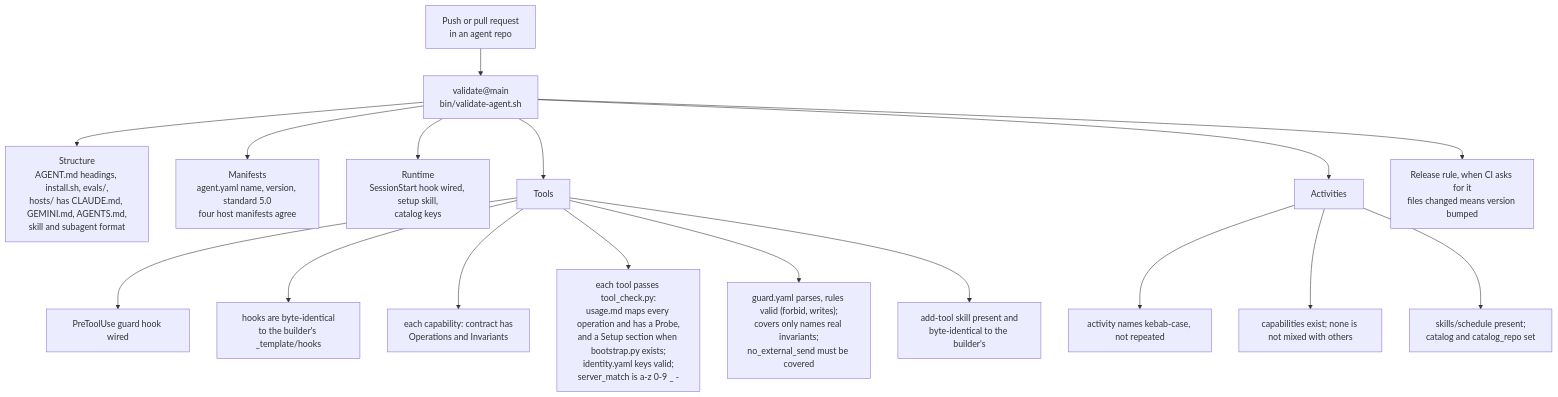
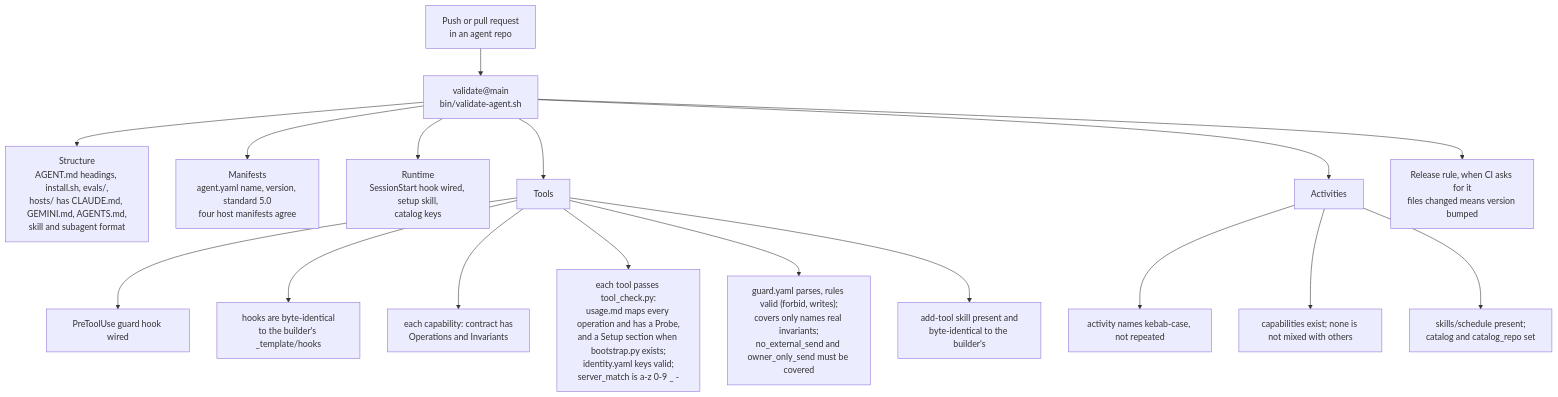
One commit to webspenser/agent-builder changed the second of 6 diagrams in docs/how-it-works.md. Above: the diagram before and after it, drawn with Mermaid. The commit also changed other lines of this file and 14 other files, not shown here.

````diff
--- a/docs/how-it-works.md
+++ b/docs/how-it-works.md
@@ -205,19 +205,19 @@
 ```mermaid
 flowchart TD
   S["Push or pull request<br/>in an agent repo"] --> V["validate@main<br/>bin/validate-agent.sh"]
   V --> ST["Structure<br/>AGENT.md headings, install.sh, evals/,<br/>hosts/ has CLAUDE.md, GEMINI.md, AGENTS.md,<br/>skill and subagent format"]
   V --> MF["Manifests<br/>agent.yaml name, version, standard 5.0<br/>four host manifests agree"]
   V --> RT["Runtime<br/>SessionStart hook wired, setup skill,<br/>catalog keys"]
   V --> TL["Tools"]
   V --> AC["Activities"]
   V --> BU["Release rule, when CI asks for it<br/>files changed means version bumped"]
   TL --> T1["PreToolUse guard hook wired"]
   TL --> T2["hooks are byte-identical<br/>to the builder's _template/hooks"]
   TL --> T3["each capability: contract has<br/>Operations and Invariants"]
   TL --> T4["each tool passes tool_check.py:<br/>usage.md maps every operation and has a Probe,<br/>and a Setup section when bootstrap.py exists;<br/>identity.yaml keys valid;<br/>server_match is a-z 0-9 _ -"]
-  TL --> T5["guard.yaml parses, rules valid (forbid, writes);<br/>covers only names real invariants;<br/>no_external_send must be covered"]
+  TL --> T5["guard.yaml parses, rules valid (forbid, writes);<br/>covers only names real invariants;<br/>no_external_send and owner_only_send must be covered"]
   TL --> T6["add-tool skill present and<br/>byte-identical to the builder's"]
   AC --> A1["activity names kebab-case, not repeated"]
   AC --> A2["capabilities exist; none is not mixed with others"]
   AC --> A3["skills/schedule present;<br/>catalog and catalog_repo set"]
 ```
````
